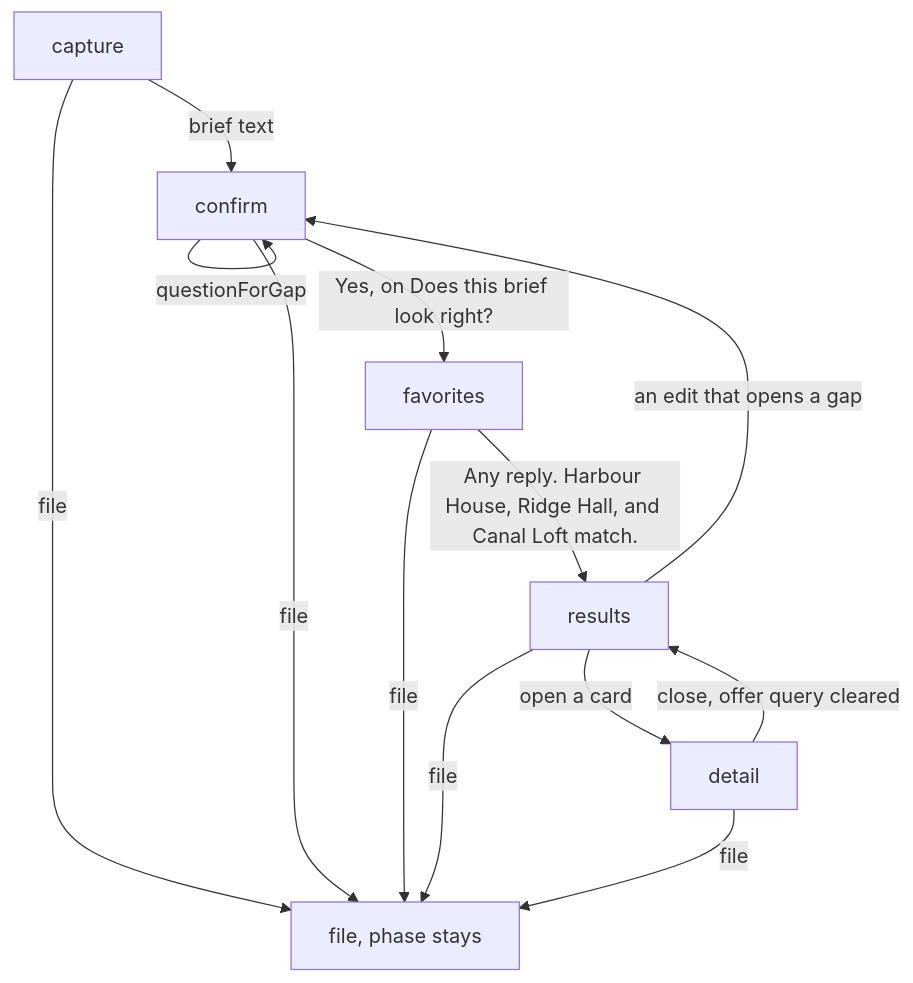
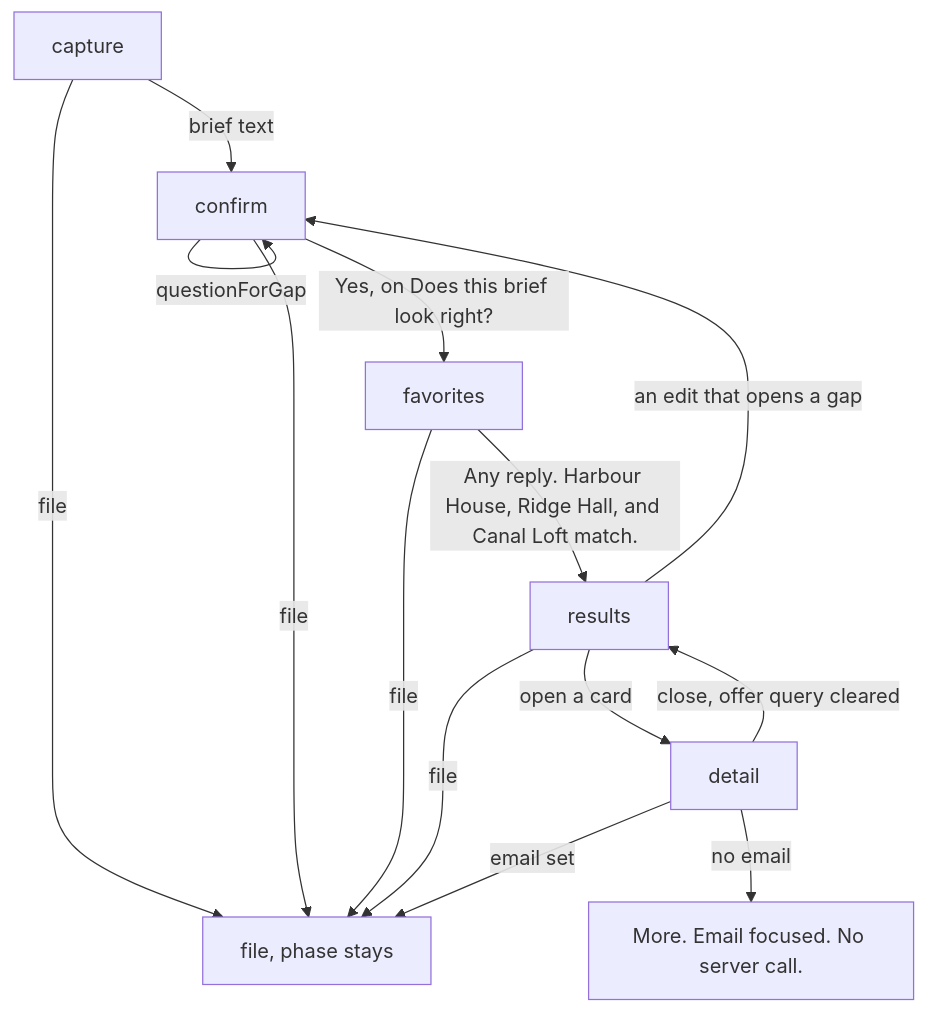
Before and after one commit to p10ns11y/proposales-planner-bench: the third of 14 diagrams in planner-bench/docs/ARCHITECTURE.md, drawn with Mermaid. The commit also changed other lines of this file and 9 other files, not shown here.

First line of the commit message:
Describe filing after the missing-email fix.

````diff
--- a/planner-bench/docs/ARCHITECTURE.md
+++ b/planner-bench/docs/ARCHITECTURE.md
@@ -53,15 +53,16 @@
 ```mermaid
 flowchart TD
   capture[capture] -->|brief text| confirm[confirm]
   confirm -->|questionForGap| confirm
   confirm -->|Yes, on Does this brief look right?| favorites[favorites]
   favorites -->|Any reply. Harbour House, Ridge Hall, and Canal Loft match.| results[results]
   results -->|open a card| detail[detail]
   detail -->|close, offer query cleared| results
   results -->|an edit that opens a gap| confirm
   capture -->|file| filing[file, phase stays]
   confirm -->|file| filing
   favorites -->|file| filing
   results -->|file| filing
-  detail -->|file| filing
+  detail -->|email set| filing
+  detail -->|no email| askEmail["More. Email focused. No server call."]
 ```
````
